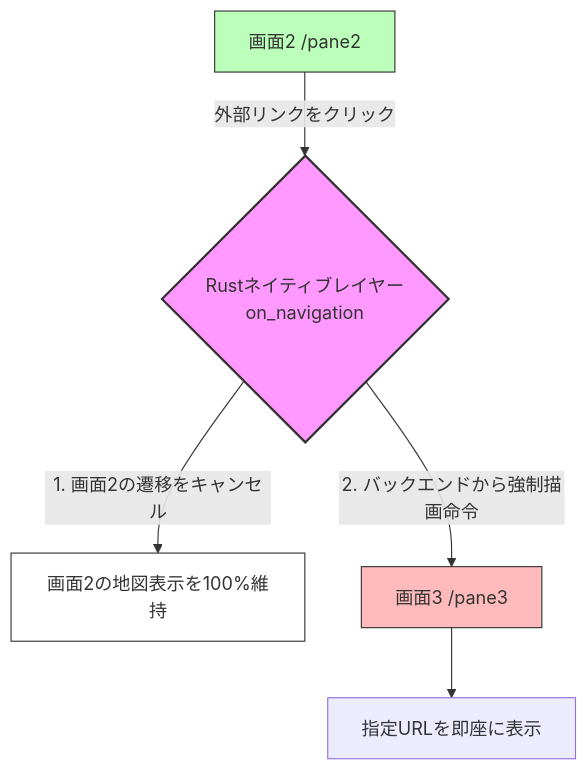
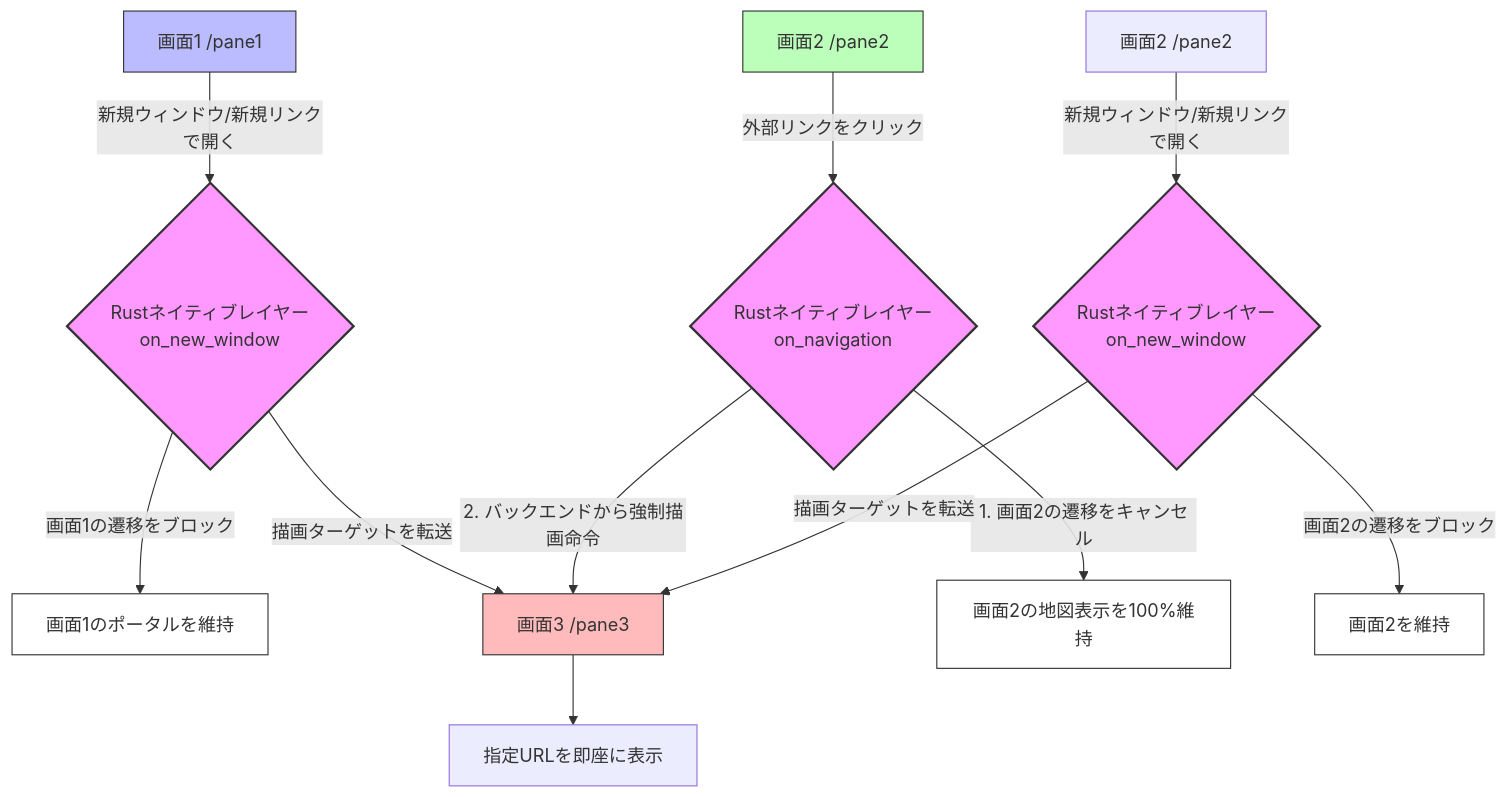
One commit to yamamoto-ryuzo/kasugai changed the second of 2 diagrams in kasugai.md. Above: the diagram before and after it, drawn with Mermaid. The commit also changed other lines of this file and 2 other files, not shown here.

Commit message:
feat: 画面1の新規リンクで開く場合も画面3に表示されるよう改善 & 仕様書アップデート

````diff
--- a/kasugai.md
+++ b/kasugai.md
@@ -127,11 +127,25 @@
 ```mermaid
 graph TD
-    A[画面2 /pane2] -- 外部リンクをクリック --> B{Rustネイティブレイヤー<br>on_navigation}
-    B -- 1. 画面2の遷移をキャンセル --> C[画面2の地図表示を100%維持]
-    B -- 2. バックエンドから強制描画命令 --> D[画面3 /pane3]
+    A1[画面1 /pane1] -- 新規ウィンドウ/新規リンクで開く --> B1{Rustネイティブレイヤー<br>on_new_window}
+    B1 -- 画面1の遷移をブロック --> C1[画面1のポータルを維持]
+    B1 -- 描画ターゲットを転送 --> D[画面3 /pane3]
+
+    A2[画面2 /pane2] -- 外部リンクをクリック --> B2{Rustネイティブレイヤー<br>on_navigation}
+    B2 -- 1. 画面2の遷移をキャンセル --> C2[画面2の地図表示を100%維持]
+    B2 -- 2. バックエンドから強制描画命令 --> D
+    
+    A3[画面2 /pane2] -- 新規ウィンドウ/新規リンクで開く --> B3{Rustネイティブレイヤー<br>on_new_window}
+    B3 -- 画面2の遷移をブロック --> C3[画面2を維持]
+    B3 -- 描画ターゲットを転送 --> D
+
     D --> E[指定URLを即座に表示]
-    style A fill:#bfb,stroke:#333,stroke-width:1px
-    style B fill:#f9f,stroke:#333,stroke-width:2px
-    style C fill:#fff,stroke:#333,stroke-width:1px
+    style A1 fill:#bbf,stroke:#333,stroke-width:1px
+    style A2 fill:#bfb,stroke:#333,stroke-width:1px
+    style B1 fill:#f9f,stroke:#333,stroke-width:2px
+    style B2 fill:#f9f,stroke:#333,stroke-width:2px
+    style B3 fill:#f9f,stroke:#333,stroke-width:2px
+    style C1 fill:#fff,stroke:#333,stroke-width:1px
+    style C2 fill:#fff,stroke:#333,stroke-width:1px
+    style C3 fill:#fff,stroke:#333,stroke-width:1px
     style D fill:#fbb,stroke:#333,stroke-width:1px
 ```
````
